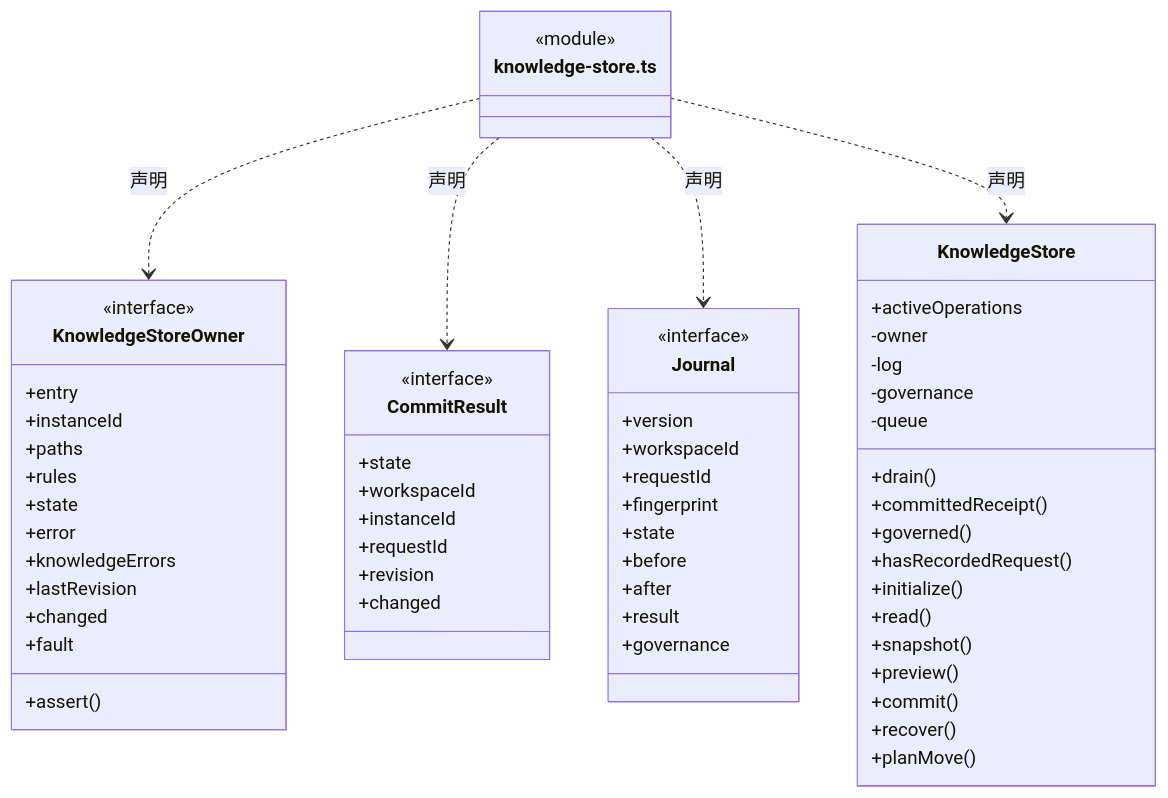
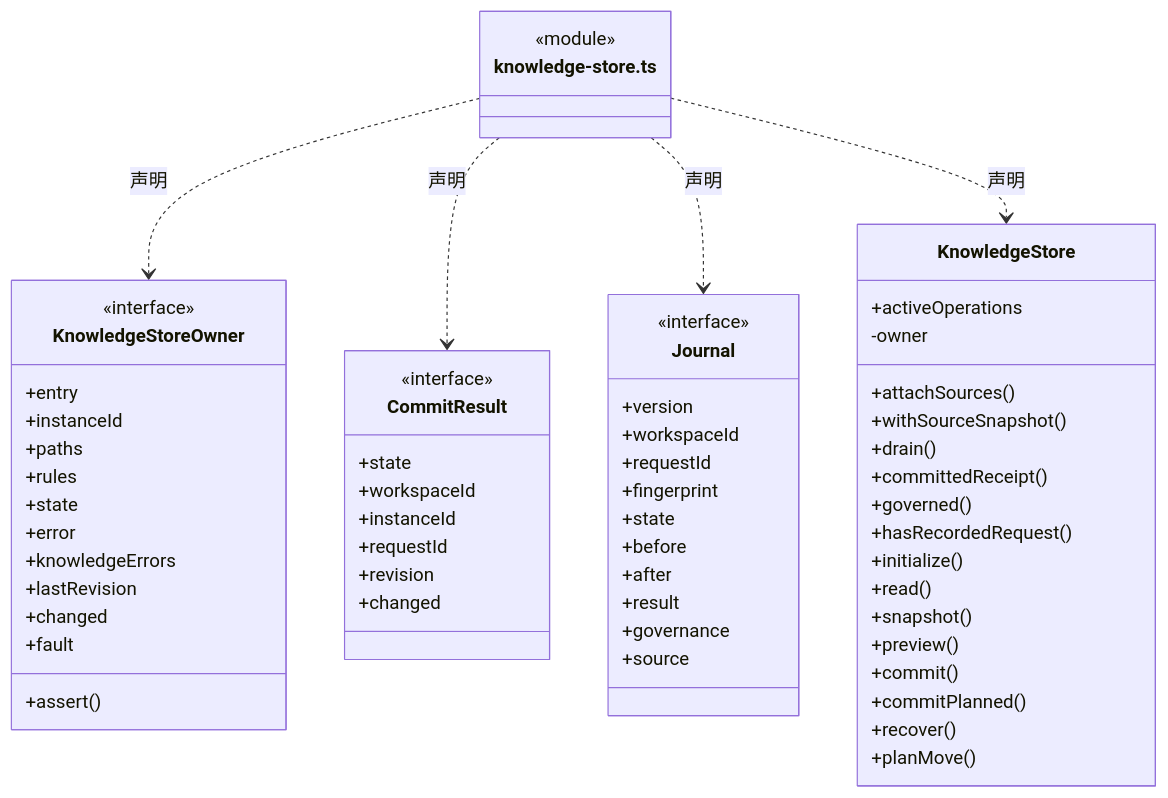
Before and after one commit to nan023062/cbim: the third of 9 diagrams in src/backend/main/persistence/knowledge/ARCHITECTURE.md, drawn with Mermaid. The commit also changed other lines of this file and 97 other files, not shown here.

````diff
--- a/src/backend/main/persistence/knowledge/ARCHITECTURE.md
+++ b/src/backend/main/persistence/knowledge/ARCHITECTURE.md
@@ -80,63 +82,64 @@
 ```mermaid
 classDiagram
 class N_src_backend_main_persistence_knowledge_knowledge_store_ts["knowledge-store.ts"] {
   <<module>>
 }
 class N_src_backend_main_persistence_knowledge_knowledge_store_ts_KnowledgeStoreOwner["KnowledgeStoreOwner"] {
   <<interface>>
   +entry
   +instanceId
   +paths
   +rules
   +state
   +error
   +knowledgeErrors
   +lastRevision
   +changed
   +fault
   +assert()
 }
 N_src_backend_main_persistence_knowledge_knowledge_store_ts ..> N_src_backend_main_persistence_knowledge_knowledge_store_ts_KnowledgeStoreOwner : 声明
 class N_src_backend_main_persistence_knowledge_knowledge_store_ts_CommitResult["CommitResult"] {
   <<interface>>
   +state
   +workspaceId
   +instanceId
   +requestId
   +revision
   +changed
 }
 N_src_backend_main_persistence_knowledge_knowledge_store_ts ..> N_src_backend_main_persistence_knowledge_knowledge_store_ts_CommitResult : 声明
 class N_src_backend_main_persistence_knowledge_knowledge_store_ts_Journal["Journal"] {
   <<interface>>
   +version
   +workspaceId
   +requestId
   +fingerprint
   +state
   +before
   +after
   +result
   +governance
+  +source
 }
 N_src_backend_main_persistence_knowledge_knowledge_store_ts ..> N_src_backend_main_persistence_knowledge_knowledge_store_ts_Journal : 声明
 class N_src_backend_main_persistence_knowledge_knowledge_store_ts_KnowledgeStore["KnowledgeStore"] {
   +activeOperations
+  +attachSources()
+  +withSourceSnapshot()
   +drain()
   +committedReceipt()
   +governed()
   +hasRecordedRequest()
   +initialize()
   +read()
   +snapshot()
   +preview()
   +commit()
+  +commitPlanned()
   +recover()
   +planMove()
   -owner
-  -log
-  -governance
-  -queue
 }
 N_src_backend_main_persistence_knowledge_knowledge_store_ts ..> N_src_backend_main_persistence_knowledge_knowledge_store_ts_KnowledgeStore : 声明
 ```
````
